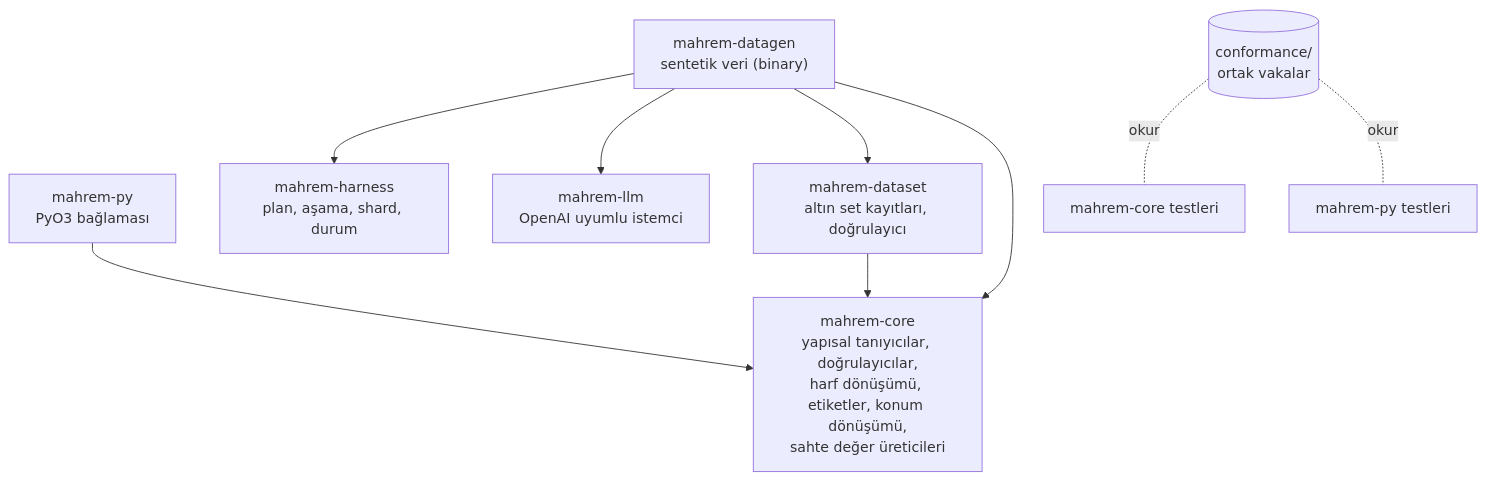
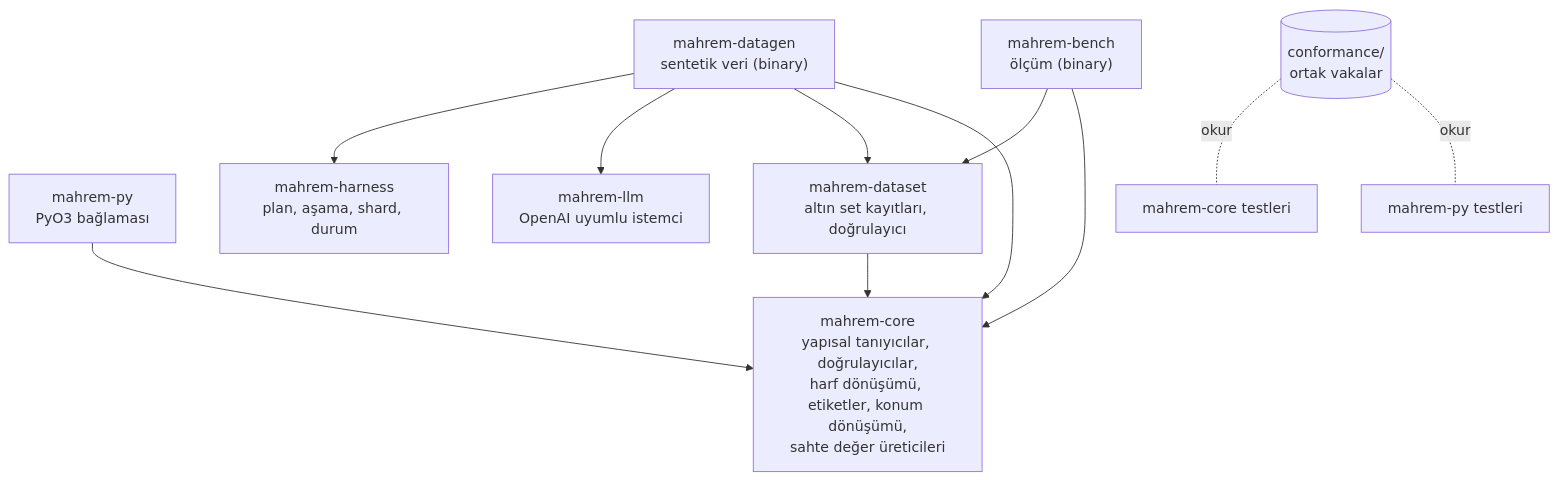
Before and after one commit to thebozturk/mahrem: the diagram in docs/architecture.md, drawn with Mermaid. The commit also changed other lines of this file and 17 other files, not shown here.

First line of the commit message:
feat: mahrem-bench, benchmark CLI and metrics

````diff
--- a/docs/architecture.md
+++ b/docs/architecture.md
@@ -7,11 +7,13 @@
 ```mermaid
 flowchart TD
     Py["mahrem-py<br/>PyO3 bağlaması"] --> Core["mahrem-core<br/>yapısal tanıyıcılar, doğrulayıcılar,<br/>harf dönüşümü, etiketler, konum dönüşümü,<br/>sahte değer üreticileri"]
     Dataset["mahrem-dataset<br/>altın set kayıtları, doğrulayıcı"] --> Core
     Datagen["mahrem-datagen<br/>sentetik veri (binary)"] --> Harness["mahrem-harness<br/>plan, aşama, shard, durum"]
     Datagen --> Llm["mahrem-llm<br/>OpenAI uyumlu istemci"]
     Datagen --> Dataset
     Datagen --> Core
+    Bench["mahrem-bench<br/>ölçüm (binary)"] --> Dataset
+    Bench --> Core
     Conf[("conformance/<br/>ortak vakalar")] -. "okur" .- CoreTest["mahrem-core testleri"]
     Conf -. "okur" .- PyTest["mahrem-py testleri"]
 ```
````
